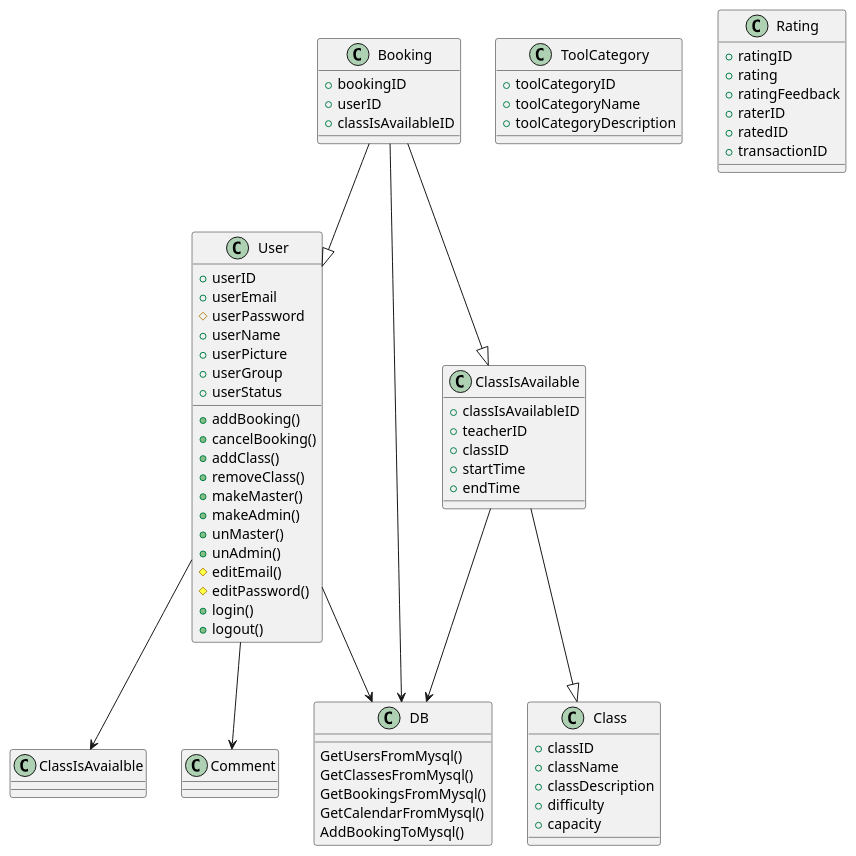
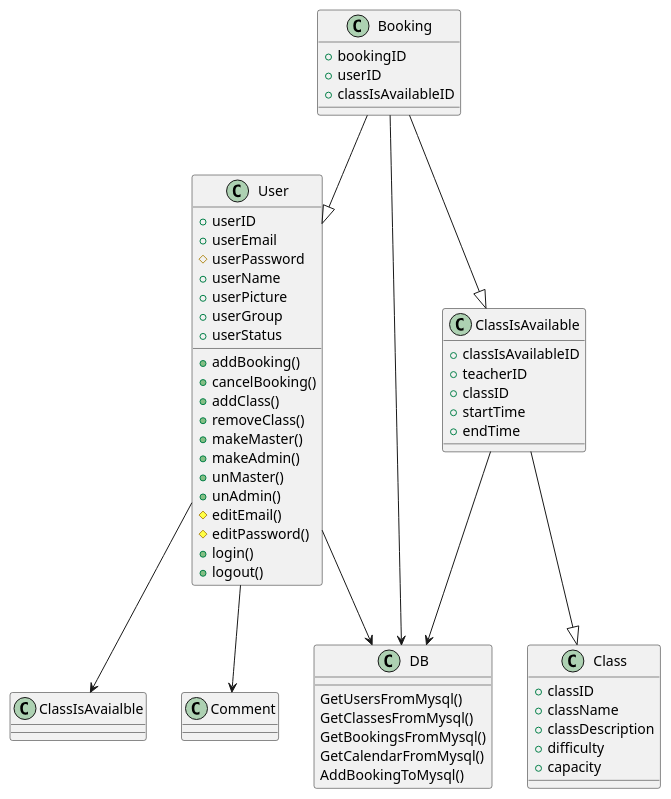
The fifth of 5 diagrams in README.md (samsonitto/fitness-studio), drawn with PlantUML before and after one commit. The commit also changed other lines of this file, not shown here.

````diff
--- a/README.md
+++ b/README.md
@@ -202,81 +202,66 @@
 ```plantuml
 @startuml
     class User {
         +userID
         +userEmail
         #userPassword
         +userName
         +userPicture
         +userGroup
         +userStatus
         +addBooking()
         +cancelBooking()
         +addClass()
         +removeClass()
         +makeMaster()
         +makeAdmin()
         +unMaster()
         +unAdmin()
         #editEmail()
         #editPassword()
         +login()
         +logout()
     }
     
     class Booking {
         +bookingID
         +userID
         +classIsAvailableID
     }
     
     class ClassIsAvailable {
         +classIsAvailableID
         +teacherID
         +classID
         +startTime
         +endTime
     }
     
     class Class {
         +classID
         +className
         +classDescription
         +difficulty
         +capacity
     }
     
-    class ToolCategory {
-        +toolCategoryID
-        +toolCategoryName
-        +toolCategoryDescription
-    }
-    
-    class Rating {
-        +ratingID
-        +rating
-        +ratingFeedback
-        +raterID
-        +ratedID
-        +transactionID
-    }
-    
     class DB {
         GetUsersFromMysql()
         GetClassesFromMysql()
         GetBookingsFromMysql()
         GetCalendarFromMysql()
         AddBookingToMysql()
     }
     
     
     Booking --|> User
     User --> DB
     Booking --|> ClassIsAvailable
     ClassIsAvailable --|> Class
     User --> ClassIsAvaialble
     User --> Comment
     Booking --> DB
     ClassIsAvailable --> DB
     
 @enduml
 ```
````
